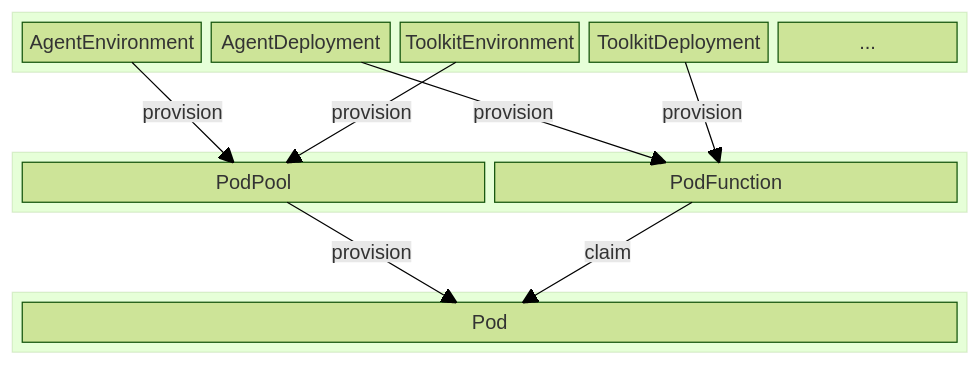
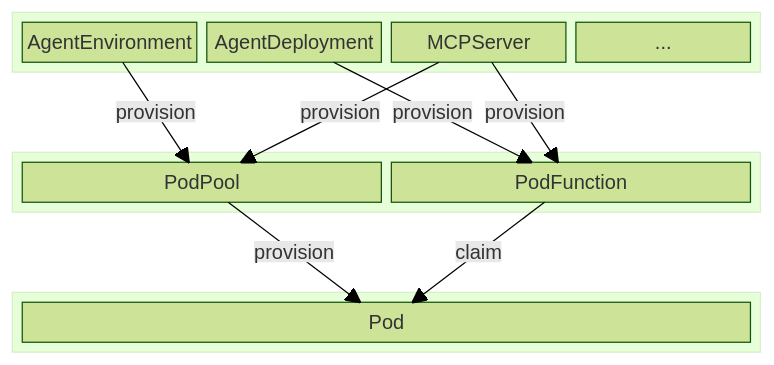
The diagram in docs/index.md (tuna-headquater/tuna-fusion), drawn with Mermaid (forest theme) before and after one commit. The commit also changed other lines of this file and 22 other files, not shown here.

First line of the commit message:
docs(tuna-fusion): update architecture and user guide

````diff
--- a/docs/index.md
+++ b/docs/index.md
@@ -15,28 +15,28 @@
 ```mermaid
 block-beta
 columns 1
     block:agents
         AgentEnvironment
         AgentDeployment
-        ToolkitEnvironment
-        ToolkitDeployment
+        MCPServer
         ...
     end
     space
     block:podpools
         PodPool
         PodFunction
     end
     space
     block:core_resources
         Pod
     end
 
-ToolkitEnvironment -- "provision" --> PodPool
+MCPServer -- "provision" --> PodPool
+MCPServer -- "provision" --> PodFunction
 AgentEnvironment -- "provision" --> PodPool
 AgentDeployment -- "provision" --> PodFunction
-ToolkitDeployment -- "provision" --> PodFunction
+
 PodFunction -- "claim" --> Pod
 PodPool -- "provision" --> Pod
 
 ```
````
